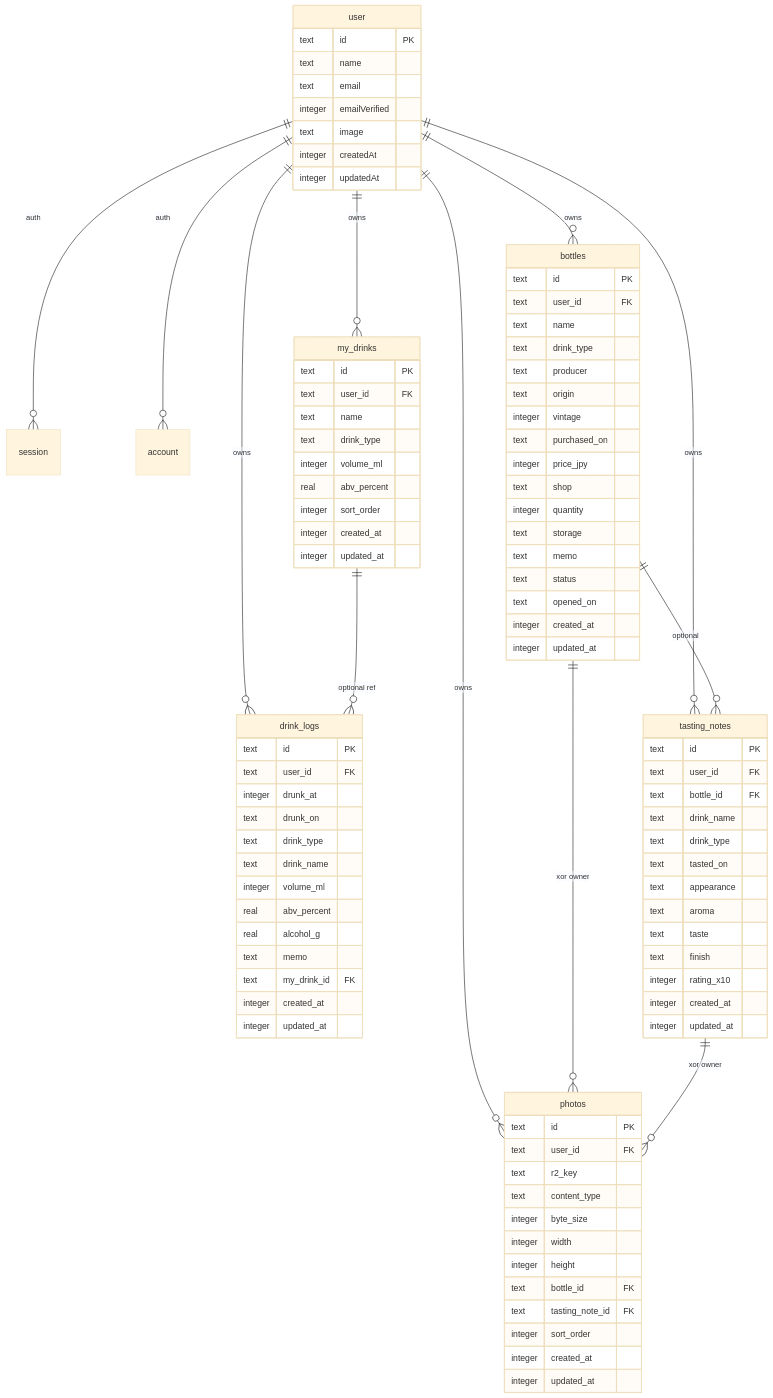
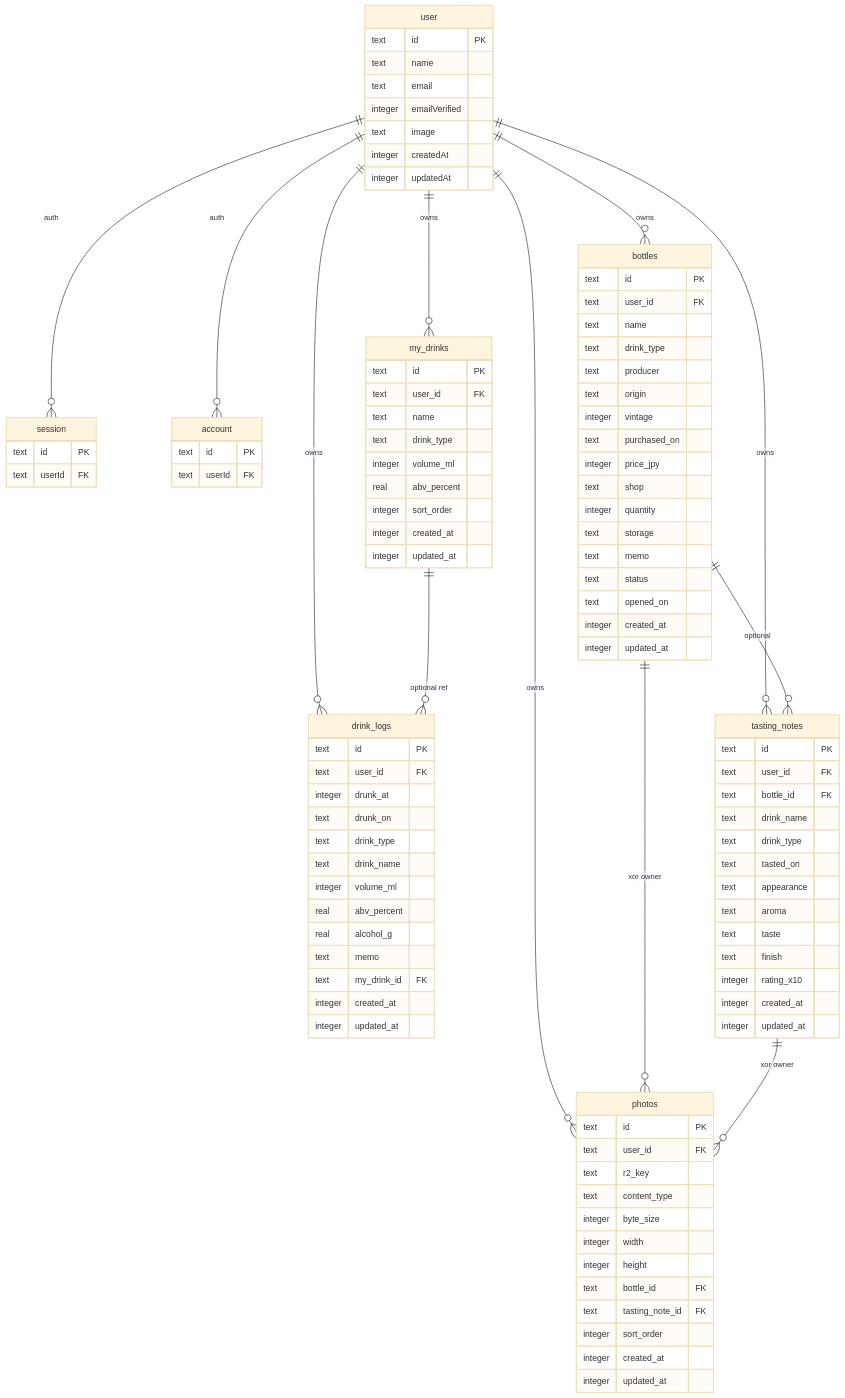
Before and after one commit to akihotsuji/alco-app: the diagram in spec/data-model.md, drawn with Mermaid (base theme).

Commit message:
docs: ER図にAuthテーブルの骨格を追加
Mermaid 上で session / account が未定義エンティティにならないよう、ライブラリ管理テーブルの骨格を補う。

```diff
--- a/spec/data-model.md
+++ b/spec/data-model.md
@@ -102,6 +102,16 @@
         text image
         integer createdAt
         integer updatedAt
+    }
+
+    session {
+        text id PK
+        text userId FK
+    }
+
+    account {
+        text id PK
+        text userId FK
     }
 
     drink_logs {
```
